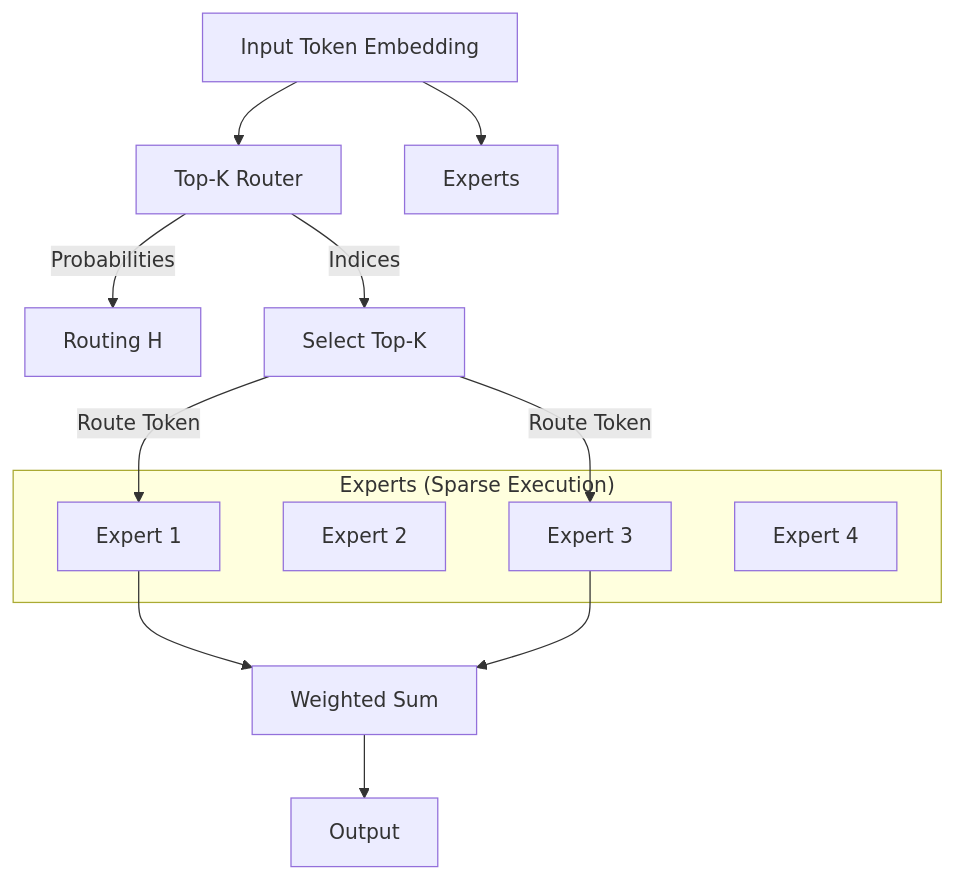
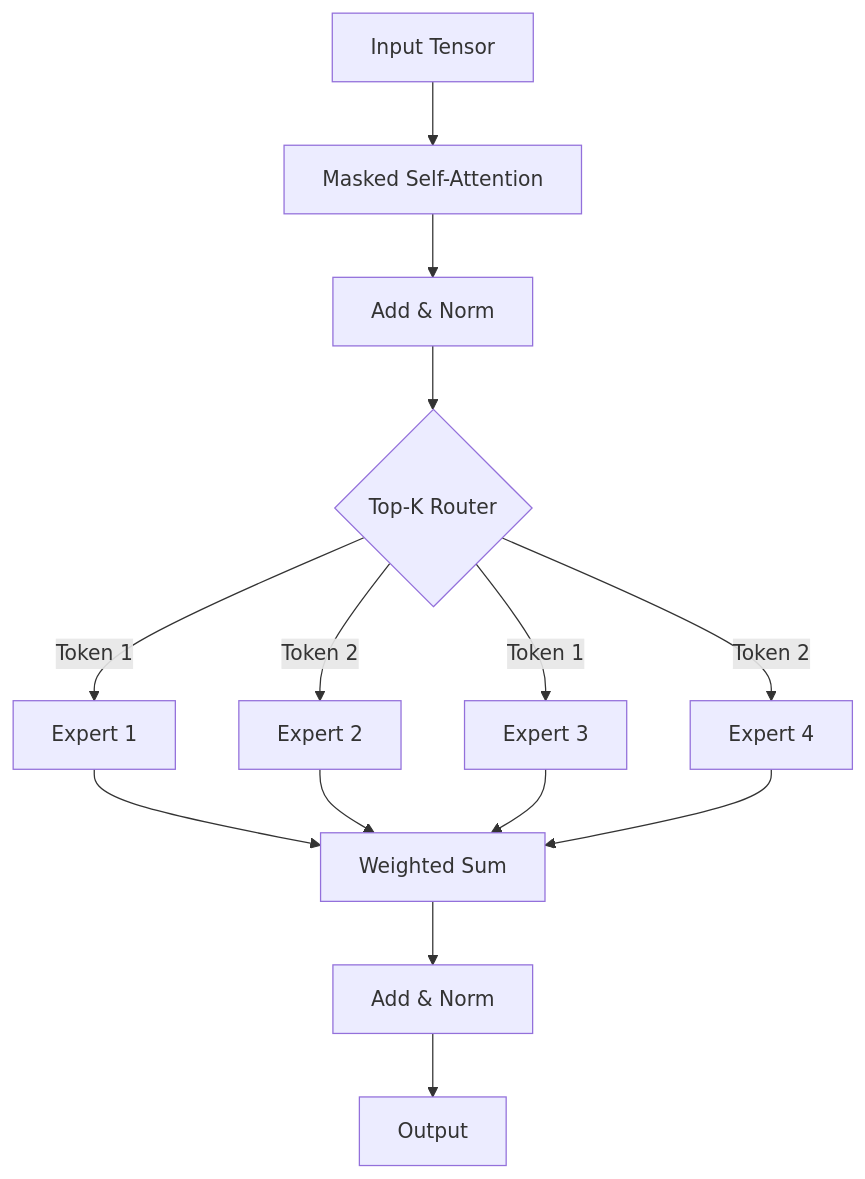
Before and after one commit to ambideXtrous9/Transformer-from-Scratch: the diagram in docs/DecoderMoE.md, drawn with Mermaid. The commit also changed other lines of this file and 14 other files, not shown here.

````diff
--- a/docs/DecoderMoE.md
+++ b/docs/DecoderMoE.md
@@ -18,23 +37,16 @@
 ```mermaid
 graph TD
-    Input[Input Token Embedding] --> Router[Top-K Router]
-    Input --> Experts
+    Input[Input Tensor] --> Attention[Masked Self-Attention]
+    Attention --> AddNorm1[Add & Norm]
     
-    subgraph "Experts (Sparse Execution)"
-        E1[Expert 1]
-        E2[Expert 2]
-        E3[Expert 3]
-        E4[Expert 4]
-    end
+    AddNorm1 --> Router{Top-K Router}
     
-    Router -->|Probabilities| Weights[Routing H]
-    Router -->|Indices| Select[Select Top-K]
+    Router -- Token 1 --> Expert1[Expert 1]
+    Router -- Token 1 --> Expert3[Expert 3]
+    Router -- Token 2 --> Expert2[Expert 2]
+    Router -- Token 2 --> Expert4[Expert 4]
     
-    Select -->|Route Token| E1
-    Select -->|Route Token| E3
-    
-    E1 --> Sum[Weighted Sum]
-    E3 --> Sum
-    
-    Sum --> Output
+    Expert1 & Expert2 & Expert3 & Expert4 --> Combine[Weighted Sum]
+    Combine --> AddNorm2[Add & Norm]
+    AddNorm2 --> Output
 ```
````
